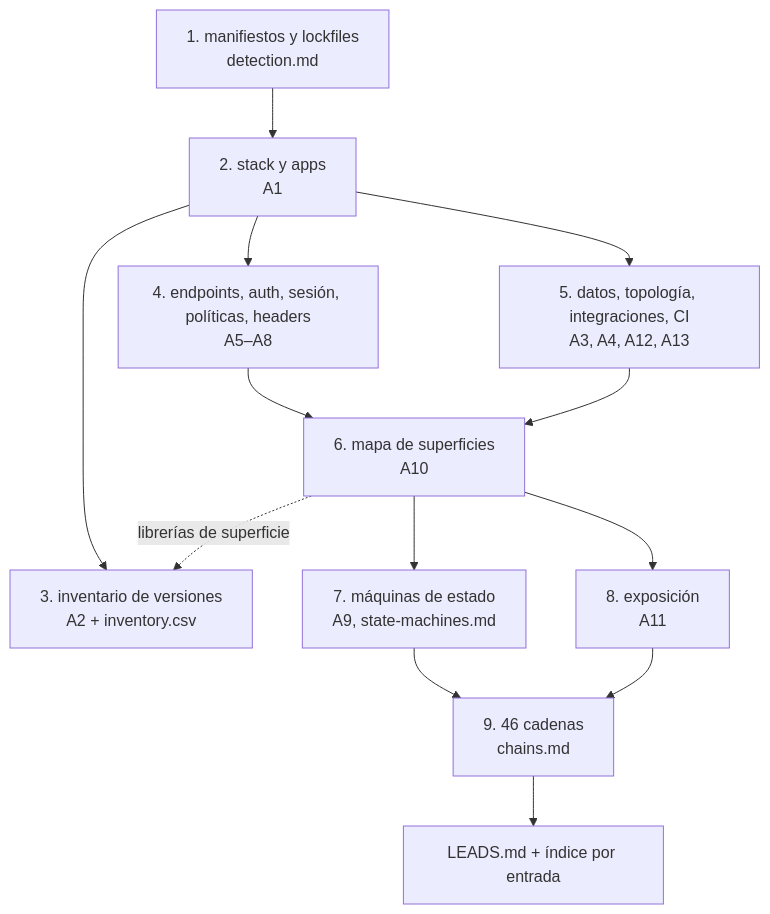
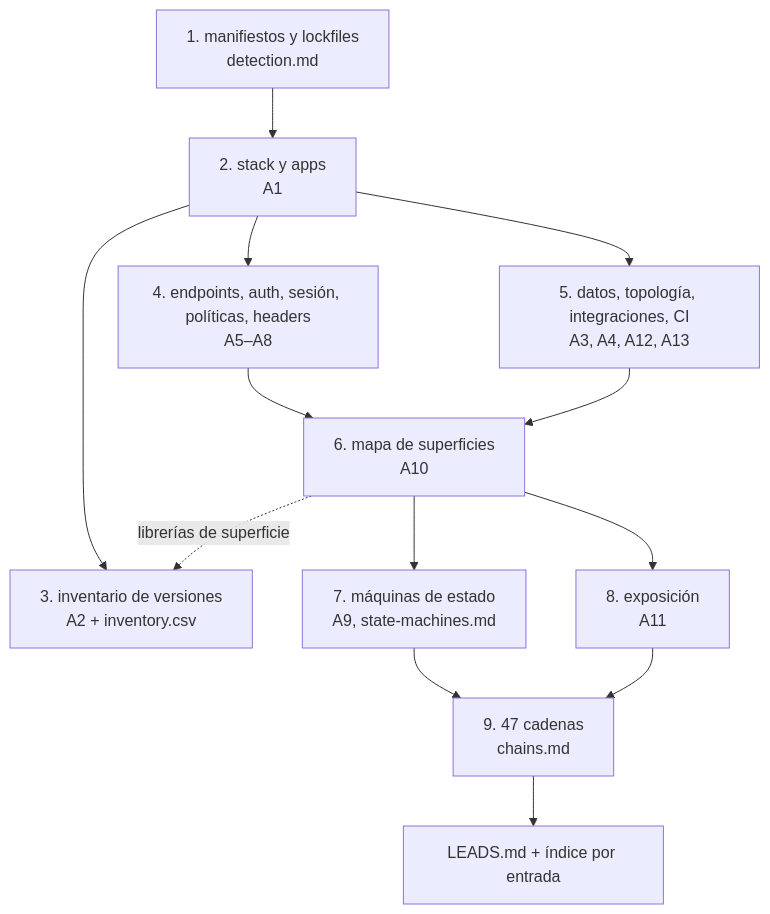
One commit to octavio-parozlabs/mindstack changed the first of 2 diagrams in skills/recon/SKILL.md. Above: the diagram before and after it, drawn with Mermaid. The commit also changed other lines of this file and 5 other files, not shown here.

````diff
--- a/skills/recon/SKILL.md
+++ b/skills/recon/SKILL.md
@@ -31,14 +31,14 @@
 ```mermaid
 flowchart TD
     M[1. manifiestos y lockfiles<br/>detection.md] --> S[2. stack y apps<br/>A1]
     S --> I[3. inventario de versiones<br/>A2 + inventory.csv]
     S --> E[4. endpoints, auth, sesión, políticas, headers<br/>A5–A8]
     S --> T[5. datos, topología, integraciones, CI<br/>A3, A4, A12, A13]
     E --> F[6. mapa de superficies<br/>A10]
     T --> F
     F --> SM[7. máquinas de estado<br/>A9, state-machines.md]
     F --> X[8. exposición<br/>A11]
-    SM & X --> C[9. 46 cadenas<br/>chains.md]
+    SM & X --> C[9. 47 cadenas<br/>chains.md]
     C --> L[LEADS.md + índice por entrada]
     F -. librerías de superficie .-> I
 ```
````
